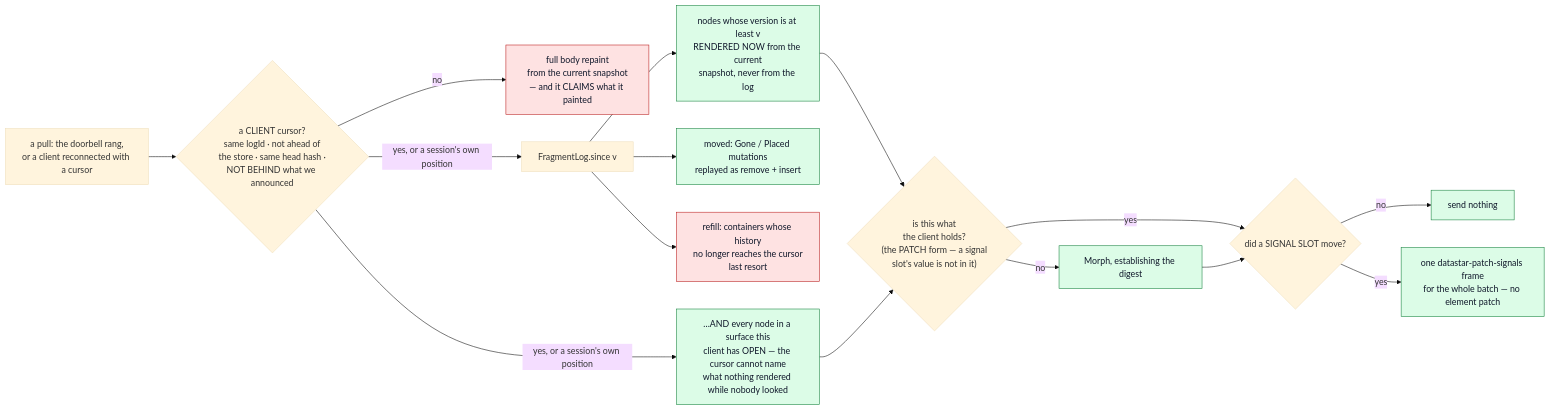
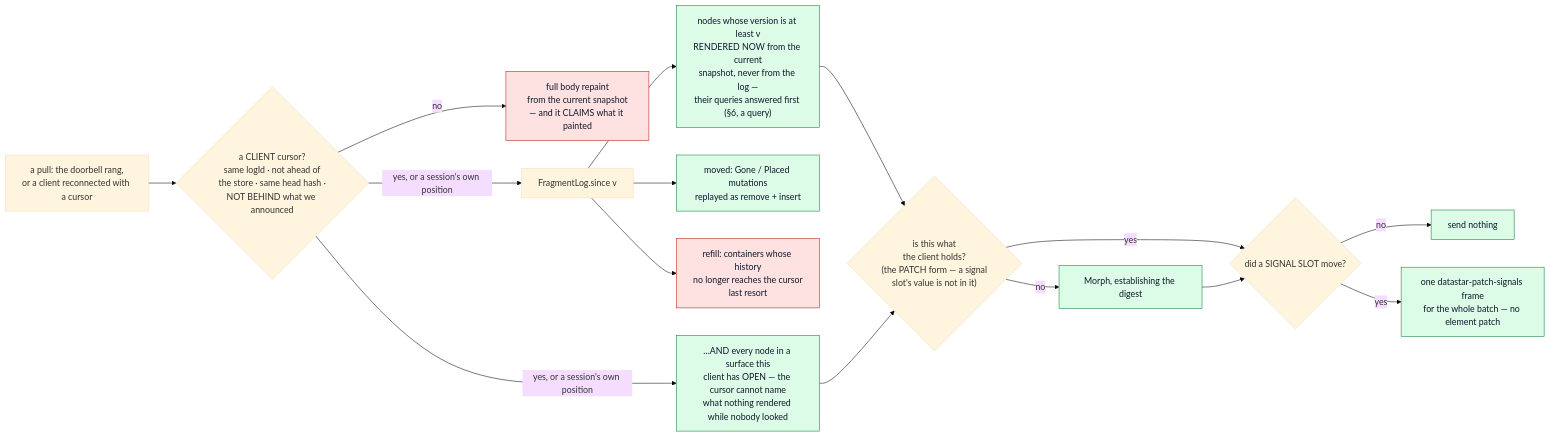
The sixth of 6 diagrams in docs/architecture-rendering-pipeline.md (perok/functional-home-assistant), drawn with Mermaid (base theme) before and after one commit. The commit also changed other lines of this file, not shown here.

First line of the commit message:
Draw the query side and node variables into the end-to-end diagram

````diff
--- a/docs/architecture-rendering-pipeline.md
+++ b/docs/architecture-rendering-pipeline.md
@@ -850,22 +869,22 @@
 ```mermaid
 flowchart LR
   RC["a pull: the doorbell rang,<br/>or a client reconnected with a cursor"] --> Q{"a CLIENT cursor?<br/>same logId · not ahead of<br/>the store · same head hash ·<br/>NOT BEHIND what we announced"}
   Q -->|no| REPAINT["full body repaint<br/>from the current snapshot<br/>— and it CLAIMS what it painted"]
   Q -->|yes, or a session's own position| SINCE["FragmentLog.since v"]
-  SINCE --> N["nodes whose version is at least v<br/>RENDERED NOW from the current<br/>snapshot, never from the log"]
+  SINCE --> N["nodes whose version is at least v<br/>RENDERED NOW from the current<br/>snapshot, never from the log —<br/>their queries answered first (§6, a query)"]
   SINCE --> M["moved: Gone / Placed mutations<br/>replayed as remove + insert"]
   SINCE --> R["refill: containers whose history<br/>no longer reaches the cursor<br/>last resort"]
   Q -->|yes, or a session's own position| OPENN["…AND every node in a surface this<br/>client has OPEN — the cursor cannot name<br/>what nothing rendered while nobody looked"]
   N --> HOLD{"is this what<br/>the client holds?<br/>(the PATCH form — a signal<br/>slot's value is not in it)"}
   OPENN --> HOLD
   HOLD -->|yes| SIG{"did a SIGNAL SLOT move?"}
   HOLD -->|no| SEND["Morph, establishing the digest"]
   SEND --> SIG
   SIG -->|no| DROP["send nothing"]
   SIG -->|yes| FRAME["one datastar-patch-signals frame<br/>for the whole batch — no element patch"]
 
   classDef ok fill:#dcfce7,stroke:#15803d,color:#0f172a
   classDef bad fill:#fee2e2,stroke:#b91c1c,color:#0f172a
   class N,M,OPENN,SEND,DROP,FRAME ok
   class REPAINT,R bad
 ```
````
